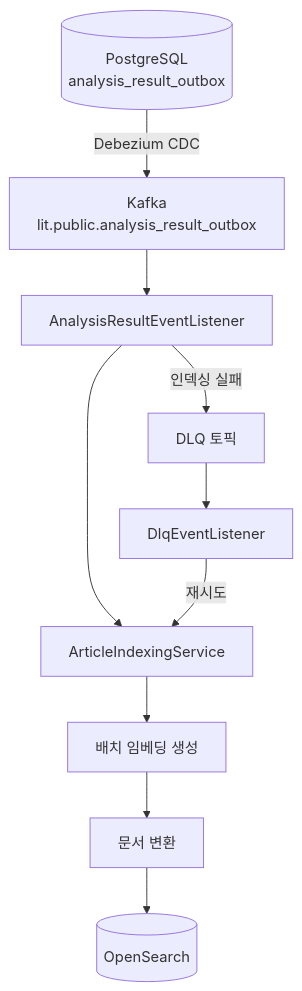
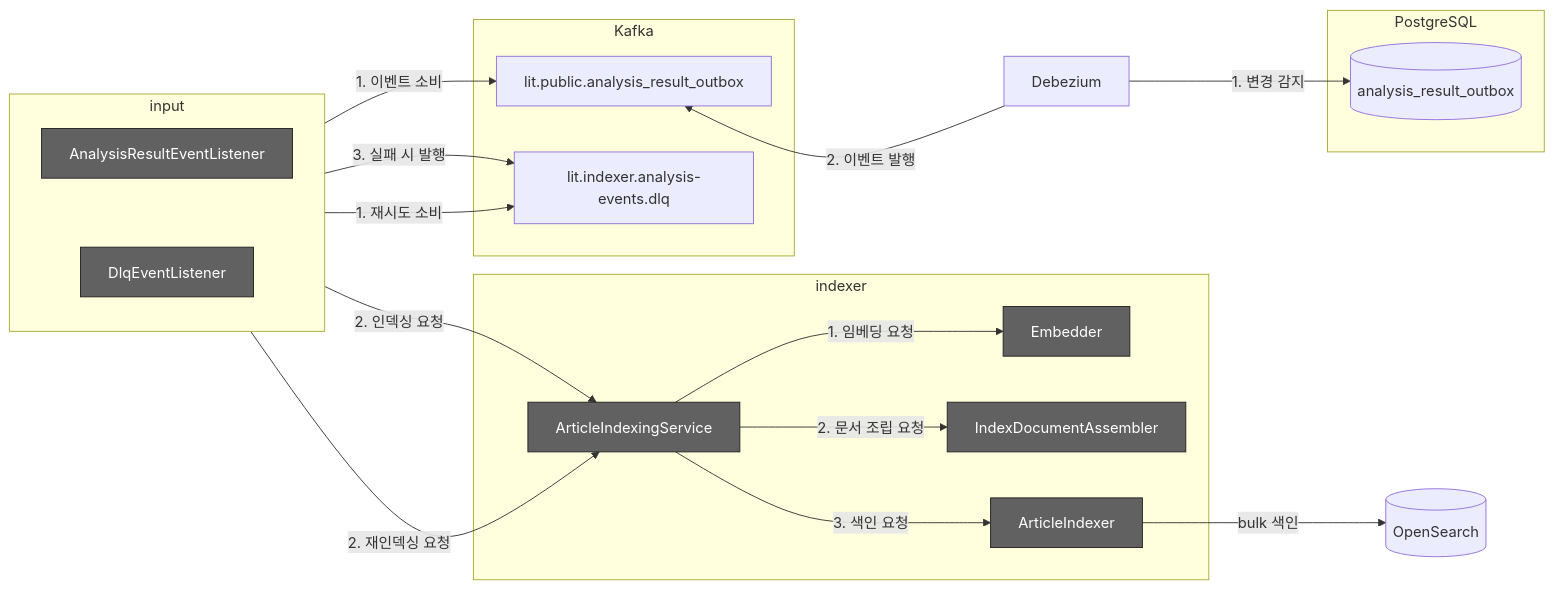
Before and after one commit to vonkernel/local-incident-tracker: the fifth of 5 diagrams in indexer/README.md, drawn with Mermaid. The commit also changed other lines of this file and 17 other files, not shown here.

First line of the commit message:
Refactor documentation with improved diagrams and scripts (#20)

````diff
--- a/indexer/README.md
+++ b/indexer/README.md
@@ -190,12 +190,45 @@
 ```mermaid
-flowchart TD
-    A[(PostgreSQL<br/>analysis_result_outbox)] -->|Debezium CDC| B[Kafka<br/>lit.public.analysis_result_outbox]
-    B --> C[AnalysisResultEventListener]
-    C --> D[ArticleIndexingService]
-    D --> E[배치 임베딩 생성]
-    E --> F[문서 변환]
-    F --> G[(OpenSearch)]
-    C -->|인덱싱 실패| H[DLQ 토픽]
-    H --> I[DlqEventListener]
-    I -->|재시도| D
+flowchart LR
+    subgraph PostgreSQL
+        outbox[(analysis_result_outbox)]
+    end
+
+    subgraph Kafka
+        outbox_topic[lit.public.analysis_result_outbox]
+        dlq_topic[lit.indexer.analysis-events.dlq]
+    end
+
+    subgraph Input [input]
+        direction TB
+        Listener[AnalysisResultEventListener]
+        DlqListener[DlqEventListener]
+        Listener ~~~ DlqListener
+    end
+
+    subgraph Indexer [indexer]
+        Service[ArticleIndexingService]
+        Embedder[Embedder]
+        Assembler[IndexDocumentAssembler]
+        ArticleIndexer[ArticleIndexer]
+    end
+
+    Debezium[Debezium]
+    OpenSearch[(OpenSearch)]
+    
+    Kafka ~~~ Debezium
+
+    Debezium -->|1. 변경 감지| outbox
+    Debezium -->|2. 이벤트 발행| outbox_topic
+    Listener -->|1. 이벤트 소비| outbox_topic
+    Listener -->|2. 인덱싱 요청| Service
+    Listener -->|3. 실패 시 발행| dlq_topic
+    Service -->|1. 임베딩 요청| Embedder
+    Service -->|2. 문서 조립 요청| Assembler
+    Service -->|3. 색인 요청| ArticleIndexer
+    ArticleIndexer -->|bulk 색인| OpenSearch
+    DlqListener -->|1. 재시도 소비| dlq_topic
+    DlqListener -->|2. 재인덱싱 요청| Service
+
+    classDef app fill:#616161,stroke:#212121,color:#fff
+    class Listener,DlqListener,Service,Embedder,Assembler,ArticleIndexer app
 ```
````
